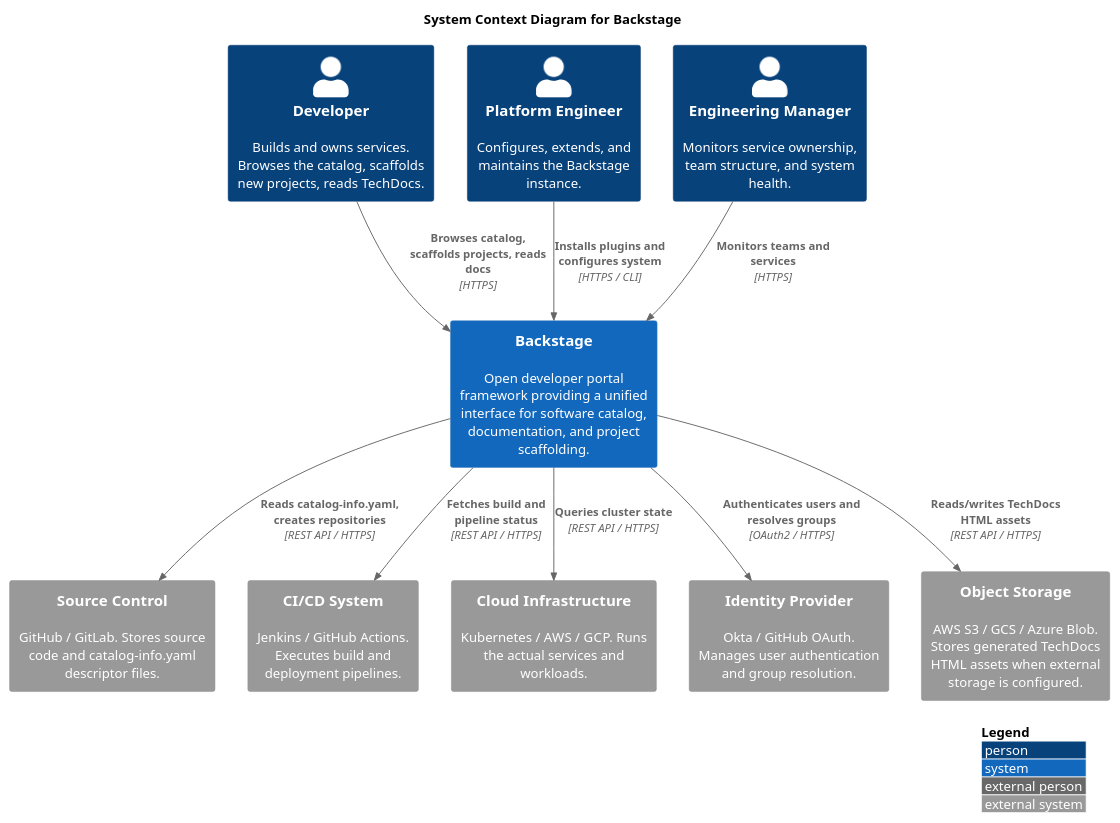
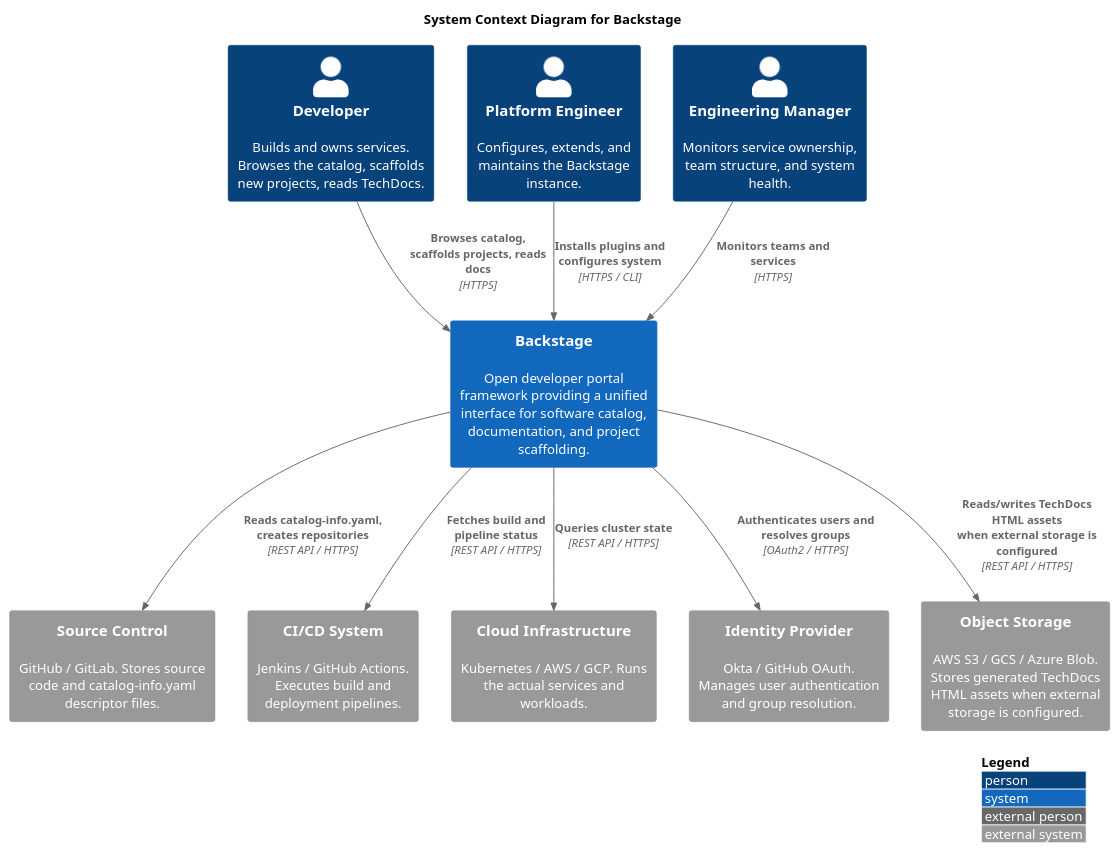
The diagram in notes/architecture/diagrams/context-diagram.puml (Group06-SwDA/Project), drawn with PlantUML before and after one commit. The commit also changed 4 other files, not shown here.

Commit message:
chore: minor changes on diagrams

```diff
--- a/notes/architecture/diagrams/context-diagram.puml
+++ b/notes/architecture/diagrams/context-diagram.puml
@@ -1,27 +1,27 @@
 @startuml
 !include <c4/C4_Context.puml>
 LAYOUT_WITH_LEGEND()
 title System Context Diagram for Backstage
 
 Person(developer, "Developer", "Builds and owns services. Browses the catalog, scaffolds new projects, reads TechDocs.")
 Person(platform_eng, "Platform Engineer", "Configures, extends, and maintains the Backstage instance.")
 Person(eng_manager, "Engineering Manager", "Monitors service ownership, team structure, and system health.")
 
 System(backstage, "Backstage", "Open developer portal framework providing a unified interface for software catalog, documentation, and project scaffolding.")
 
 System_Ext(source_control, "Source Control", "GitHub / GitLab. Stores source code and catalog-info.yaml descriptor files.")
 System_Ext(cicd, "CI/CD System", "Jenkins / GitHub Actions. Executes build and deployment pipelines.")
 System_Ext(cloud_infra, "Cloud Infrastructure", "Kubernetes / AWS / GCP. Runs the actual services and workloads.")
 System_Ext(idp, "Identity Provider", "Okta / GitHub OAuth. Manages user authentication and group resolution.")
 System_Ext(object_storage, "Object Storage", "AWS S3 / GCS / Azure Blob. Stores generated TechDocs HTML assets when external storage is configured.")
 
 Rel(developer, backstage, "Browses catalog, scaffolds projects, reads docs", "HTTPS")
 Rel(platform_eng, backstage, "Installs plugins and configures system", "HTTPS / CLI")
 Rel(eng_manager, backstage, "Monitors teams and services", "HTTPS")
 
 Rel(backstage, source_control, "Reads catalog-info.yaml, creates repositories", "REST API / HTTPS")
 Rel(backstage, cicd, "Fetches build and pipeline status", "REST API / HTTPS")
 Rel(backstage, cloud_infra, "Queries cluster state", "REST API / HTTPS")
 Rel(backstage, idp, "Authenticates users and resolves groups", "OAuth2 / HTTPS")
-Rel(backstage, object_storage, "Reads/writes TechDocs HTML assets", "REST API / HTTPS")
+Rel(backstage, object_storage, "Reads/writes TechDocs HTML assets\nwhen external storage is configured", "REST API / HTTPS")
 @enduml
```
